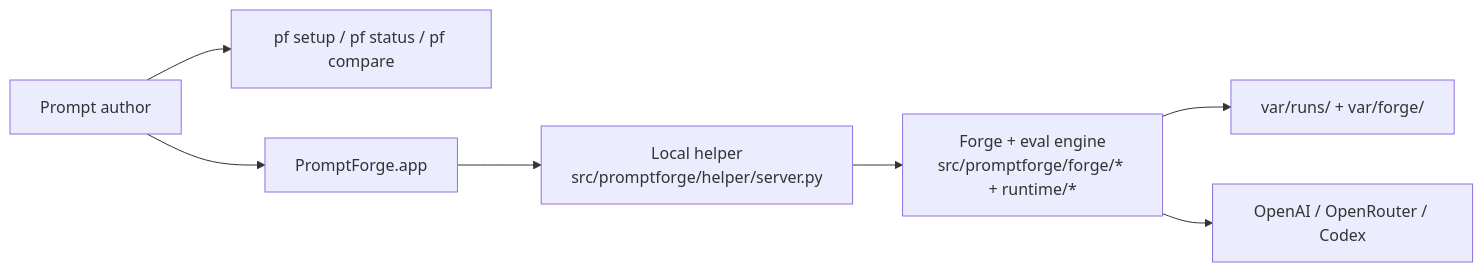
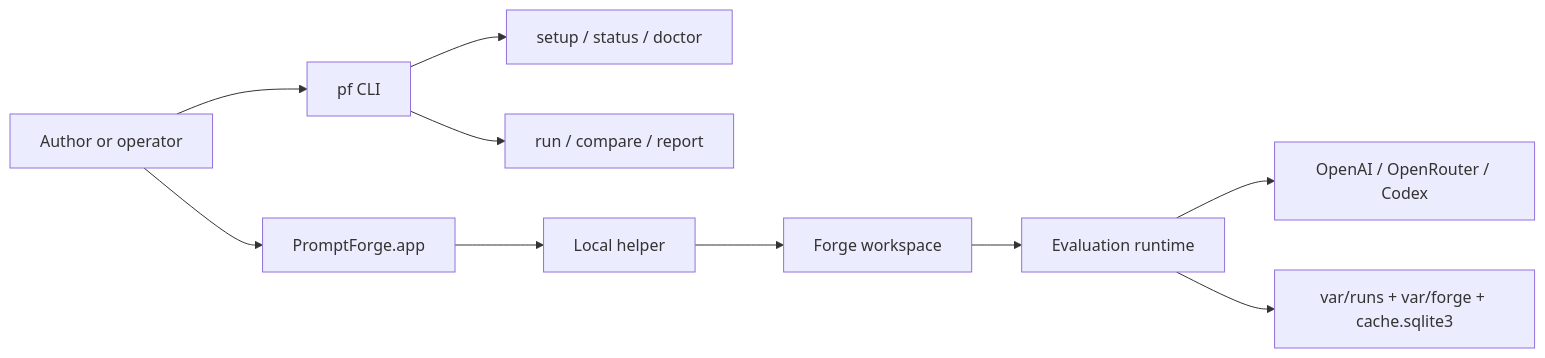
The diagram in README.md (MikesHorcrux/PromptForge), drawn with Mermaid before and after one commit. The commit also changed other lines of this file and 18 other files, not shown here.

Commit message:
Overhaul PromptForge documentation set

````diff
--- a/README.md
+++ b/README.md
@@ -55,9 +41,12 @@
 ```mermaid
 flowchart LR
-  Author["Prompt author"] --> CLI["pf setup / pf status / pf compare"]
+  Author["Author or operator"] --> CLI["pf CLI"]
   Author --> App["PromptForge.app"]
-  App --> Helper["Local helper<br/>src/promptforge/helper/server.py"]
-  Helper --> Engine["Forge + eval engine<br/>src/promptforge/forge/* + runtime/*"]
-  Engine --> Artifacts["var/runs/ + var/forge/"]
-  Engine --> Providers["OpenAI / OpenRouter / Codex"]
+  CLI --> Setup["setup / status / doctor"]
+  CLI --> Batch["run / compare / report"]
+  App --> Helper["Local helper"]
+  Helper --> Workspace["Forge workspace"]
+  Workspace --> Runtime["Evaluation runtime"]
+  Runtime --> Providers["OpenAI / OpenRouter / Codex"]
+  Runtime --> Artifacts["var/runs + var/forge + cache.sqlite3"]
 ```
````
